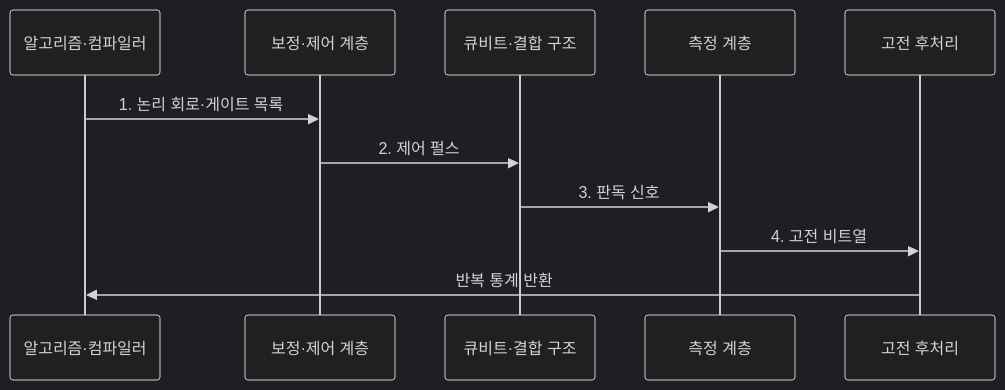
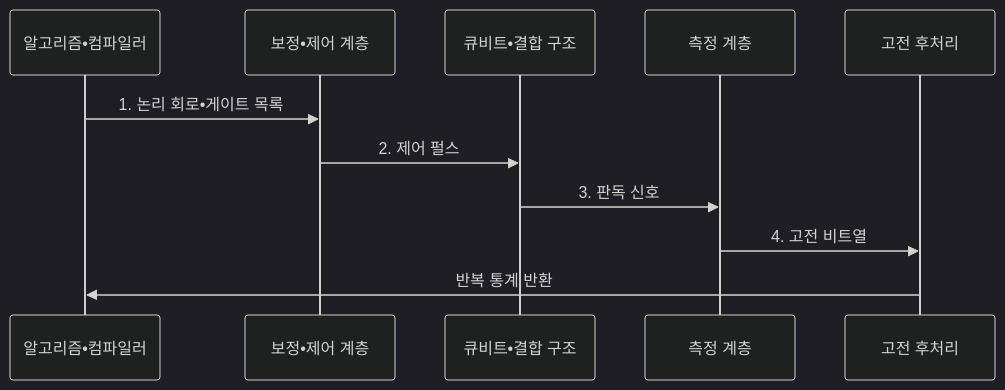
Before and after one commit to agnusdei1207/knowledge-base: the second of 2 diagrams in src/content/docs/notes/02-hardware/072_quantum_computing_qubit.md, drawn with Mermaid (dark theme). The commit also changed other lines of this file and 953 other files, not shown here.

````diff
--- a/src/content/docs/notes/02-hardware/072_quantum_computing_qubit.md
+++ b/src/content/docs/notes/02-hardware/072_quantum_computing_qubit.md
@@ -103,14 +103,14 @@
 ```mermaid
 sequenceDiagram
-    participant A as 알고리즘·컴파일러
-    participant B as 보정·제어 계층
-    participant Q as 큐비트·결합 구조
+    participant A as 알고리즘•컴파일러
+    participant B as 보정•제어 계층
+    participant Q as 큐비트•결합 구조
     participant M as 측정 계층
     participant H as 고전 후처리
 
-    A->>B: 1. 논리 회로·게이트 목록
+    A->>B: 1. 논리 회로•게이트 목록
     B->>Q: 2. 제어 펄스
     Q->>M: 3. 판독 신호
     M->>H: 4. 고전 비트열
     H->>A: 반복 통계 반환
 ```
````
